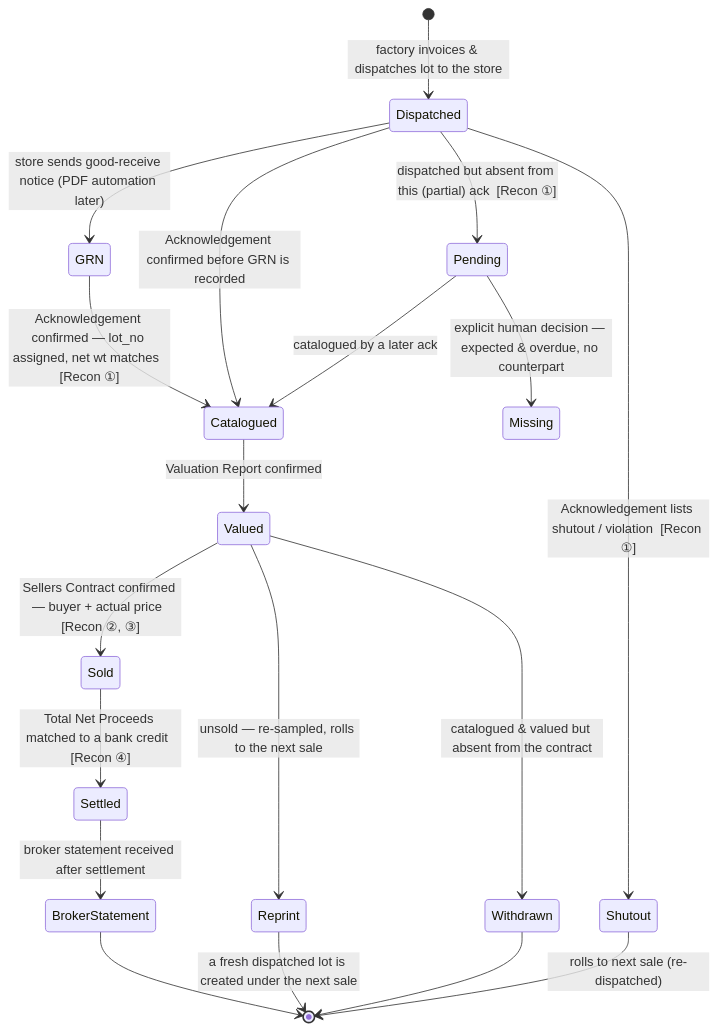
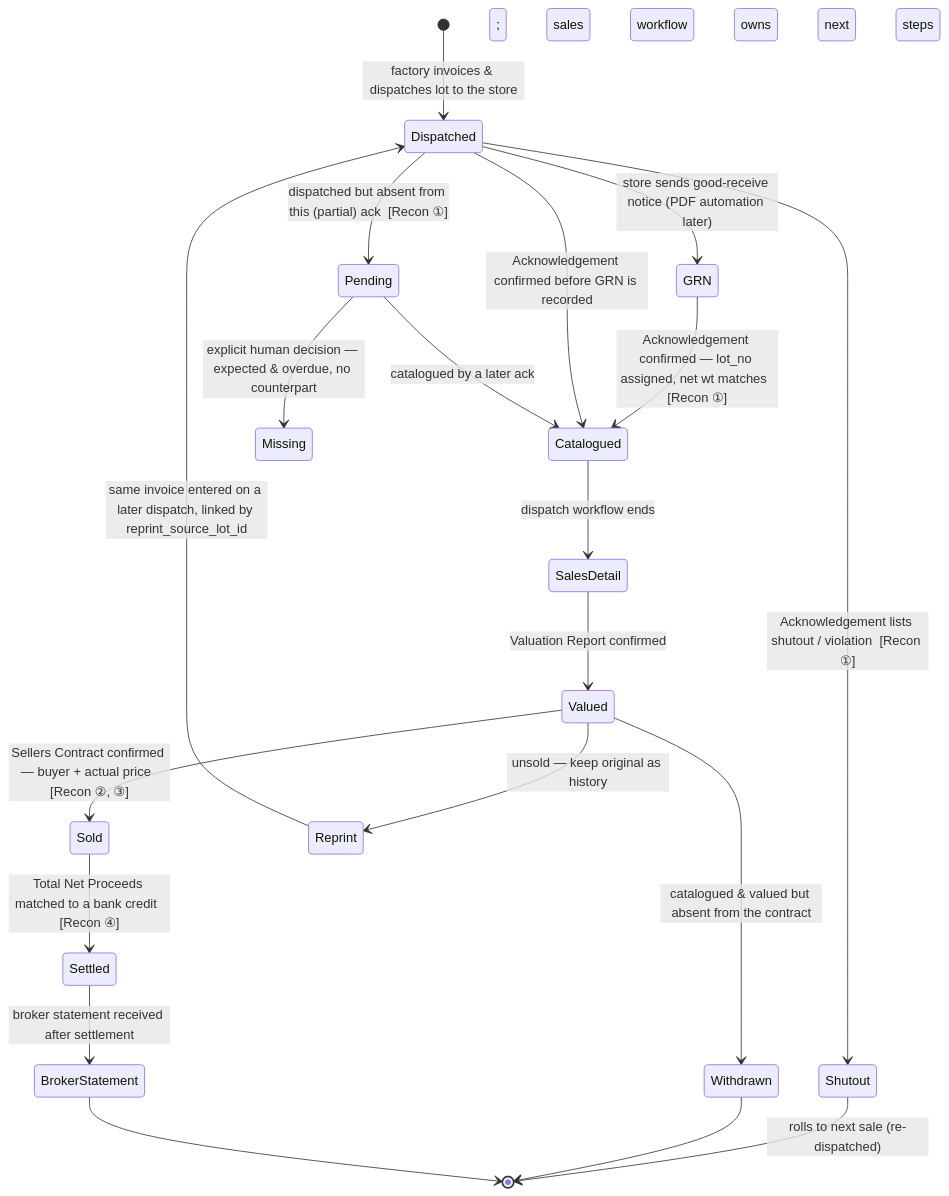
Before and after one commit to pasindubg/tea-factory-board-leaf-project: the diagram in docs/AUCTION.md, drawn with Mermaid. The commit also changed other lines of this file and 55 other files, not shown here.

````diff
--- a/docs/AUCTION.md
+++ b/docs/AUCTION.md
@@ -80,21 +101,22 @@
 ```mermaid
 stateDiagram-v2
     [*] --> Dispatched: factory invoices & dispatches lot to the store
     Dispatched --> GRN: store sends good-receive notice (PDF automation later)
     GRN --> Catalogued: Acknowledgement confirmed — lot_no assigned, net wt matches  [Recon ①]
     Dispatched --> Catalogued: Acknowledgement confirmed before GRN is recorded
     Dispatched --> Pending: dispatched but absent from this (partial) ack  [Recon ①]
     Dispatched --> Shutout: Acknowledgement lists shutout / violation  [Recon ①]
     Pending --> Catalogued: catalogued by a later ack
     Pending --> Missing: explicit human decision — expected & overdue, no counterpart
-    Catalogued --> Valued: Valuation Report confirmed
+    Catalogued --> SalesDetail: dispatch workflow ends; sales workflow owns next steps
+    SalesDetail --> Valued: Valuation Report confirmed
     Valued --> Sold: Sellers Contract confirmed — buyer + actual price  [Recon ②, ③]
-    Valued --> Reprint: unsold — re-sampled, rolls to the next sale
+    Valued --> Reprint: unsold — keep original as history
     Valued --> Withdrawn: catalogued & valued but absent from the contract
     Sold --> Settled: Total Net Proceeds matched to a bank credit  [Recon ④]
     Settled --> BrokerStatement: broker statement received after settlement
-    Reprint --> [*]: a fresh dispatched lot is created under the next sale
+    Reprint --> Dispatched: same invoice entered on a later dispatch, linked by reprint_source_lot_id
     Shutout --> [*]: rolls to next sale (re-dispatched)
     Withdrawn --> [*]
     BrokerStatement --> [*]
 ```
````
